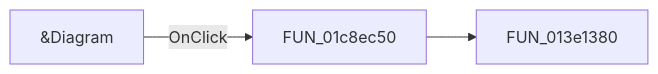
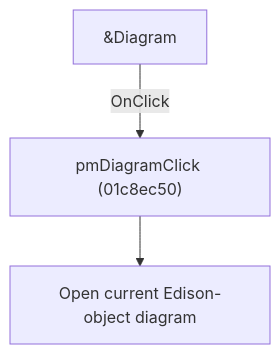
Before and after one commit to MovGP0/TIARA: the diagram in docs/ui-controls/schematiceditor/pmedisondiagram-b975540da7.md, drawn with Mermaid. The commit also changed other lines of this file and 1062 other files, not shown here.

````diff
--- a/docs/ui-controls/schematiceditor/pmedisondiagram-b975540da7.md
+++ b/docs/ui-controls/schematiceditor/pmedisondiagram-b975540da7.md
@@ -27,5 +27,5 @@
 ```mermaid
-flowchart LR
-    control["&Diagram"] -->|OnClick| handler["FUN_01c8ec50"]
-    handler --> call1["FUN_013e1380"]
+flowchart TD
+    control["&Diagram"] -->|"OnClick"| handler["pmDiagramClick (01c8ec50)"]
+    handler --> action["Open current Edison-object diagram"]
 ```
````
